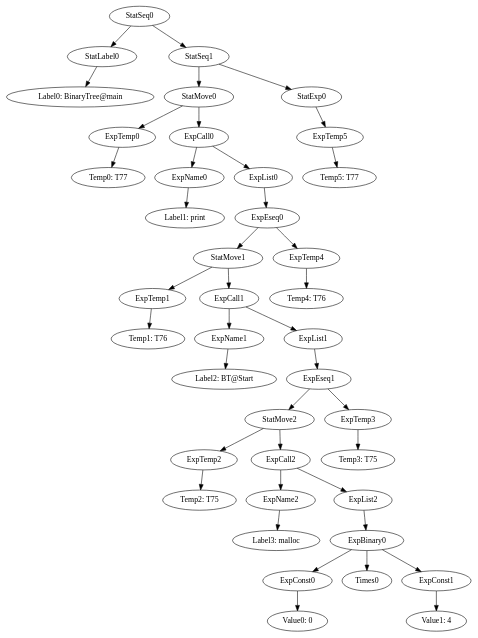
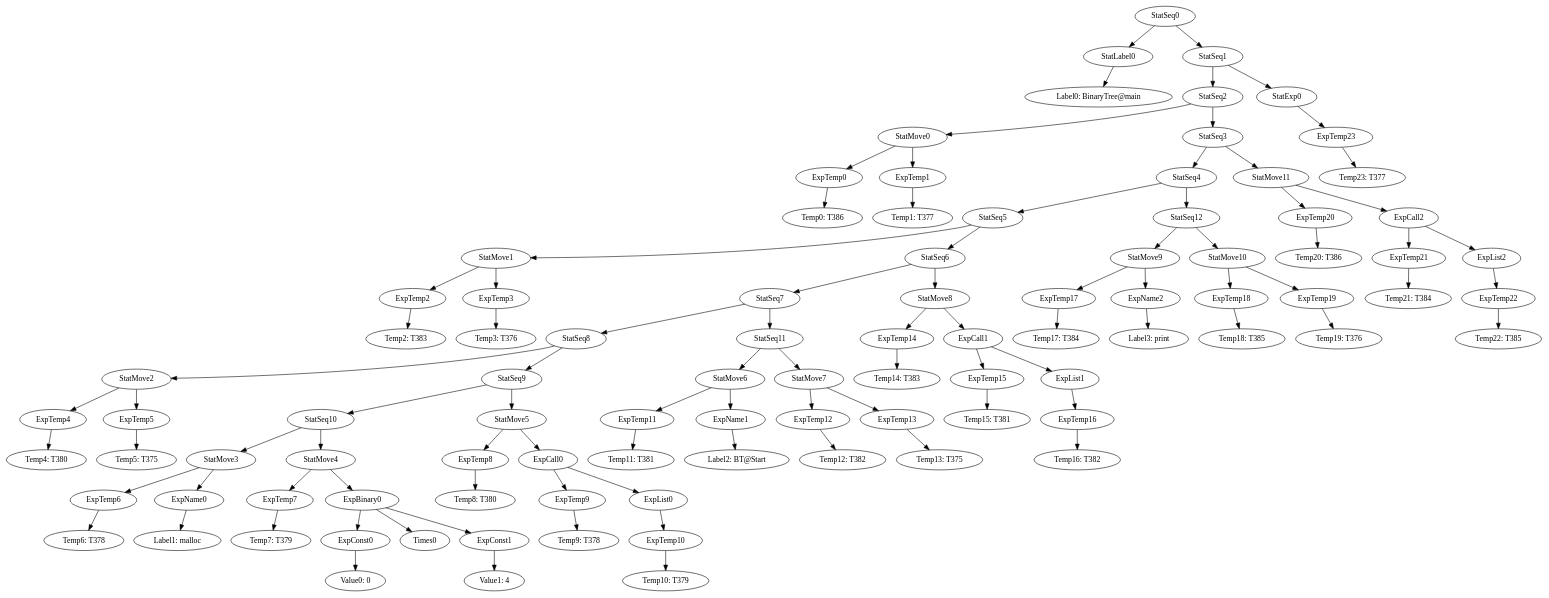
The diagram in MiniJava/results/SamplesCorrect/BinaryTree/irtCanon2_BinaryTree@main.gv (team-compilers/compilers), drawn with Graphviz before and after one commit. The commit also changed 301 other files, not shown here.

```diff
--- a/MiniJava/results/SamplesCorrect/BinaryTree/irtCanon2_BinaryTree@main.gv
+++ b/MiniJava/results/SamplesCorrect/BinaryTree/irtCanon2_BinaryTree@main.gv
@@ -1,42 +1,96 @@
 digraph {
 	ordering = out;
-	StatExp0 -> ExpTemp5;
-	ExpList0 -> ExpEseq0;
-	ExpTemp4 -> "Temp4: T76";
-	ExpName1 -> "Label2: BT@Start";
-	StatMove1 -> ExpTemp1;
-	StatMove1 -> ExpCall1;
-	StatSeq1 -> StatMove0;
+	StatSeq1 -> StatSeq2;
 	StatSeq1 -> StatExp0;
-	ExpConst1 -> "Value1: 4";
-	ExpList1 -> ExpEseq1;
-	ExpCall0 -> ExpName0;
-	ExpCall0 -> ExpList0;
-	ExpName0 -> "Label1: print";
-	StatLabel0 -> "Label0: BinaryTree@main";
-	ExpTemp3 -> "Temp3: T75";
-	ExpTemp0 -> "Temp0: T77";
-	ExpList2 -> ExpBinary0;
-	ExpCall1 -> ExpName1;
-	ExpCall1 -> ExpList1;
-	ExpCall2 -> ExpName2;
+	ExpList2 -> ExpTemp22;
+	StatMove11 -> ExpTemp20;
+	StatMove11 -> ExpCall2;
+	ExpTemp20 -> "Temp20: T386";
+	StatSeq3 -> StatSeq4;
+	StatSeq3 -> StatMove11;
+	ExpCall2 -> ExpTemp21;
 	ExpCall2 -> ExpList2;
-	ExpTemp2 -> "Temp2: T75";
-	StatMove2 -> ExpTemp2;
-	StatMove2 -> ExpCall2;
-	ExpTemp5 -> "Temp5: T77";
-	ExpTemp1 -> "Temp1: T76";
-	StatSeq0 -> StatLabel0;
-	StatSeq0 -> StatSeq1;
-	ExpName2 -> "Label3: malloc";
-	ExpConst0 -> "Value0: 0";
+	StatMove10 -> ExpTemp18;
+	StatMove10 -> ExpTemp19;
+	StatSeq12 -> StatMove9;
+	StatSeq12 -> StatMove10;
+	StatMove9 -> ExpTemp17;
+	StatMove9 -> ExpName2;
+	ExpTemp21 -> "Temp21: T384";
+	ExpTemp17 -> "Temp17: T384";
+	ExpTemp23 -> "Temp23: T377";
 	ExpBinary0 -> ExpConst0;
 	ExpBinary0 -> Times0;
 	ExpBinary0 -> ExpConst1;
+	ExpTemp12 -> "Temp12: T382";
+	ExpConst0 -> "Value0: 0";
+	StatMove4 -> ExpTemp7;
+	StatMove4 -> ExpBinary0;
+	StatMove7 -> ExpTemp12;
+	StatMove7 -> ExpTemp13;
+	ExpList1 -> ExpTemp16;
+	ExpTemp4 -> "Temp4: T380";
+	ExpName0 -> "Label1: malloc";
+	ExpTemp22 -> "Temp22: T385";
+	StatMove3 -> ExpTemp6;
+	StatMove3 -> ExpName0;
+	StatSeq8 -> StatMove2;
+	StatSeq8 -> StatSeq9;
+	ExpTemp3 -> "Temp3: T376";
+	StatSeq6 -> StatSeq7;
+	StatSeq6 -> StatMove8;
+	ExpTemp5 -> "Temp5: T375";
+	StatExp0 -> ExpTemp23;
+	ExpTemp11 -> "Temp11: T381";
+	StatSeq0 -> StatLabel0;
+	StatSeq0 -> StatSeq1;
+	ExpTemp1 -> "Temp1: T377";
+	ExpTemp14 -> "Temp14: T383";
+	ExpTemp7 -> "Temp7: T379";
+	ExpTemp0 -> "Temp0: T386";
+	StatLabel0 -> "Label0: BinaryTree@main";
+	ExpName2 -> "Label3: print";
+	StatSeq7 -> StatSeq8;
+	StatSeq7 -> StatSeq11;
+	ExpTemp19 -> "Temp19: T376";
+	StatMove2 -> ExpTemp4;
+	StatMove2 -> ExpTemp5;
+	ExpTemp2 -> "Temp2: T383";
+	ExpTemp10 -> "Temp10: T379";
+	StatSeq2 -> StatMove0;
+	StatSeq2 -> StatSeq3;
+	StatMove1 -> ExpTemp2;
+	StatMove1 -> ExpTemp3;
+	StatSeq5 -> StatMove1;
+	StatSeq5 -> StatSeq6;
+	ExpTemp18 -> "Temp18: T385";
+	ExpTemp8 -> "Temp8: T380";
+	ExpConst1 -> "Value1: 4";
+	StatMove5 -> ExpTemp8;
+	StatMove5 -> ExpCall0;
+	StatSeq9 -> StatSeq10;
+	StatSeq9 -> StatMove5;
+	ExpCall0 -> ExpTemp9;
+	ExpCall0 -> ExpList0;
+	StatSeq11 -> StatMove6;
+	StatSeq11 -> StatMove7;
+	StatSeq4 -> StatSeq5;
+	StatSeq4 -> StatSeq12;
+	ExpTemp9 -> "Temp9: T378";
+	ExpList0 -> ExpTemp10;
+	ExpTemp6 -> "Temp6: T378";
+	StatMove6 -> ExpTemp11;
+	StatMove6 -> ExpName1;
+	StatSeq10 -> StatMove3;
+	StatSeq10 -> StatMove4;
+	ExpTemp15 -> "Temp15: T381";
+	ExpName1 -> "Label2: BT@Start";
+	ExpTemp13 -> "Temp13: T375";
+	ExpTemp16 -> "Temp16: T382";
 	StatMove0 -> ExpTemp0;
-	StatMove0 -> ExpCall0;
-	ExpEseq1 -> StatMove2;
-	ExpEseq1 -> ExpTemp3;
-	ExpEseq0 -> StatMove1;
-	ExpEseq0 -> ExpTemp4;
+	StatMove0 -> ExpTemp1;
+	StatMove8 -> ExpTemp14;
+	StatMove8 -> ExpCall1;
+	ExpCall1 -> ExpTemp15;
+	ExpCall1 -> ExpList1;
 }
```
